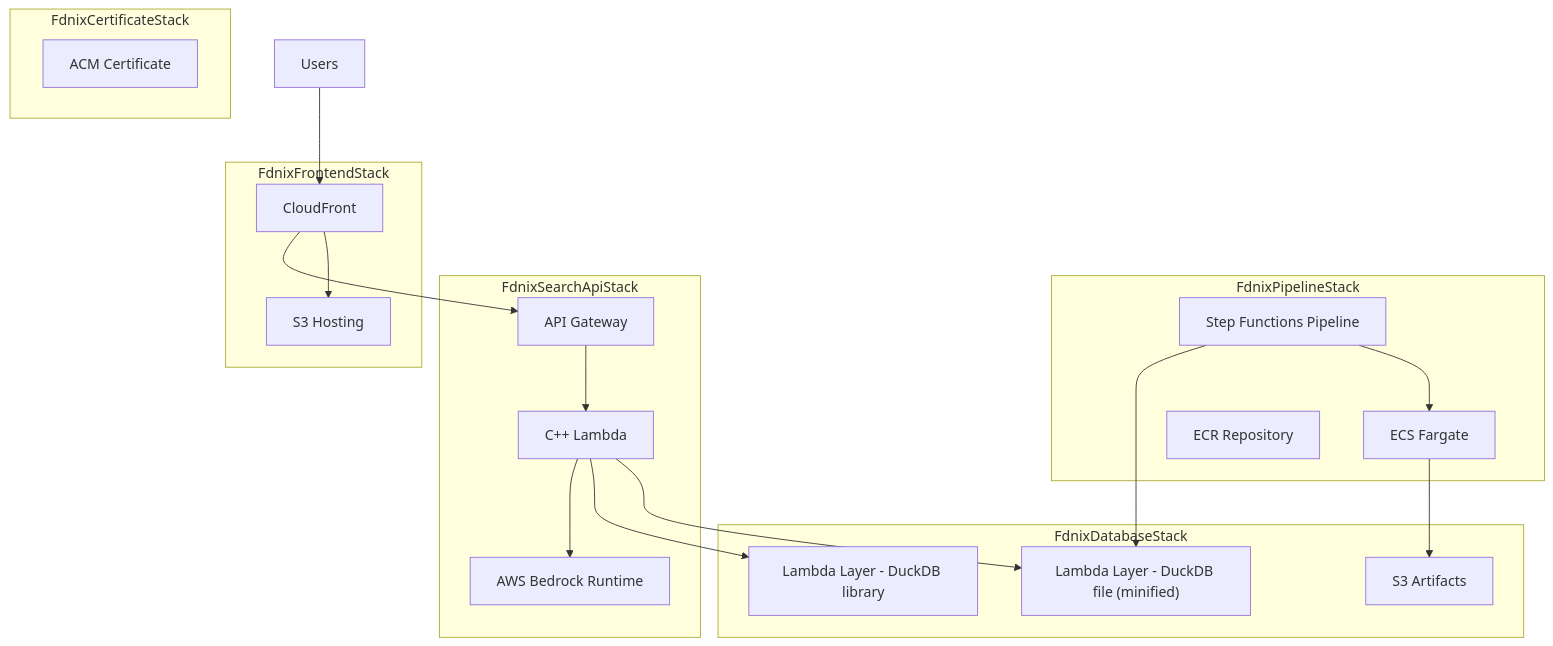
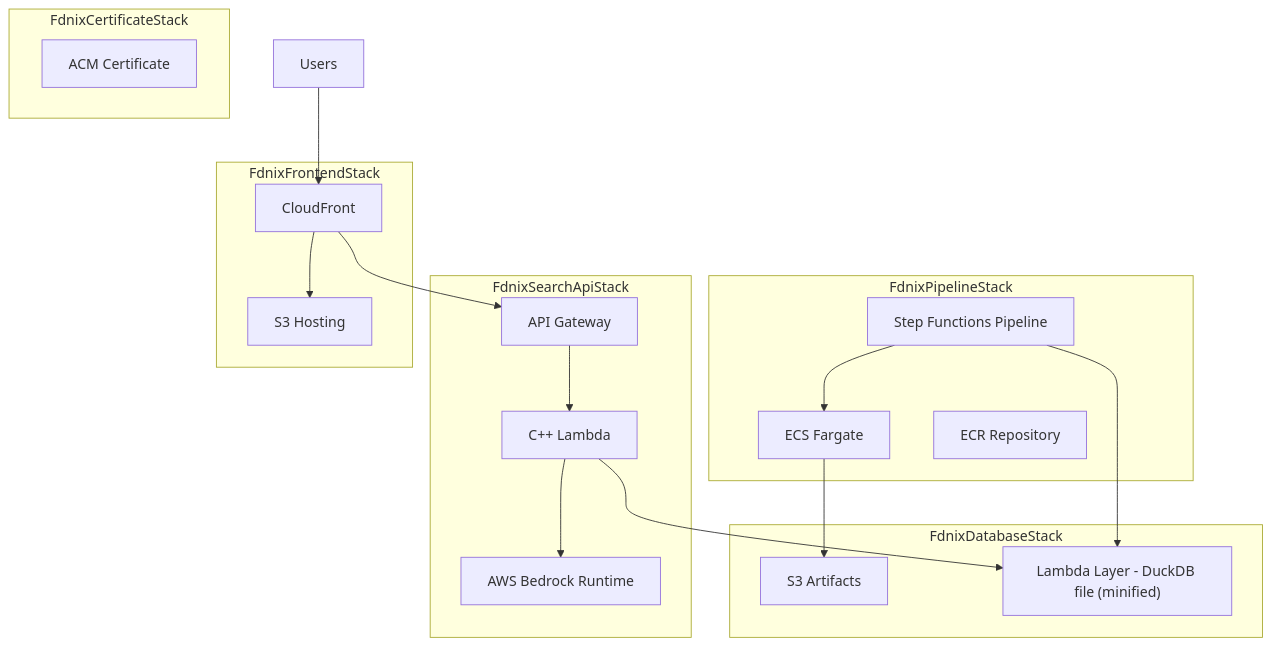
One commit to james-ralph8555/fdnix changed the first of 4 diagrams in packages/cdk/README.md. Above: the diagram before and after it, drawn with Mermaid. The commit also changed other lines of this file and 9 other files, not shown here.

````diff
--- a/packages/cdk/README.md
+++ b/packages/cdk/README.md
@@ -17,45 +17,43 @@
 ```mermaid
 graph TD
     %% Top-level stacks
     subgraph FdnixCertificateStack
         cert["ACM Certificate"]
     end
 
     subgraph FdnixDatabaseStack
         s3_artifacts["S3 Artifacts"]
         db_layer["Lambda Layer - DuckDB file (minified)"]
-        db_lib_layer["Lambda Layer - DuckDB library"]
     end
 
     subgraph FdnixPipelineStack
         sfn["Step Functions Pipeline"]
         ecs["ECS Fargate"]
         ecr["ECR Repository"]
     end
 
     subgraph FdnixSearchApiStack
         api["API Gateway"]
         lambda["C++ Lambda"]
         bedrock["AWS Bedrock Runtime"]
     end
 
     subgraph FdnixFrontendStack
         cf["CloudFront"]
         s3_hosting["S3 Hosting"]
     end
 
     user["Users"] --> cf
     cf --> s3_hosting
     cf --> api
     api --> lambda
     lambda --> db_layer
-    lambda --> db_lib_layer
     lambda --> bedrock
 
     sfn --> ecs
     ecs --> s3_artifacts
     sfn --> db_layer
 
     %% No CDK-managed custom domain: certificate provisioned separately
     %% (no direct connection from cert to CloudFront in CDK)
 ```
````
